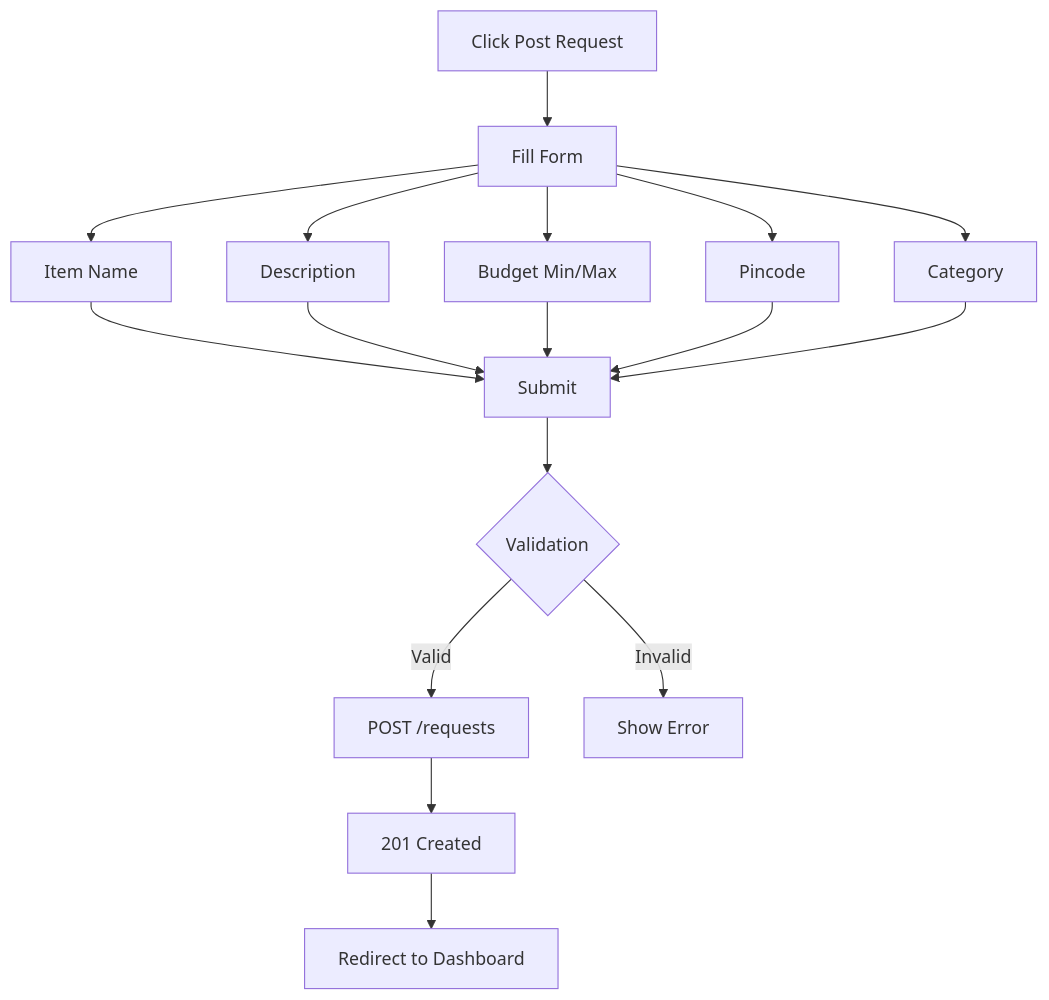
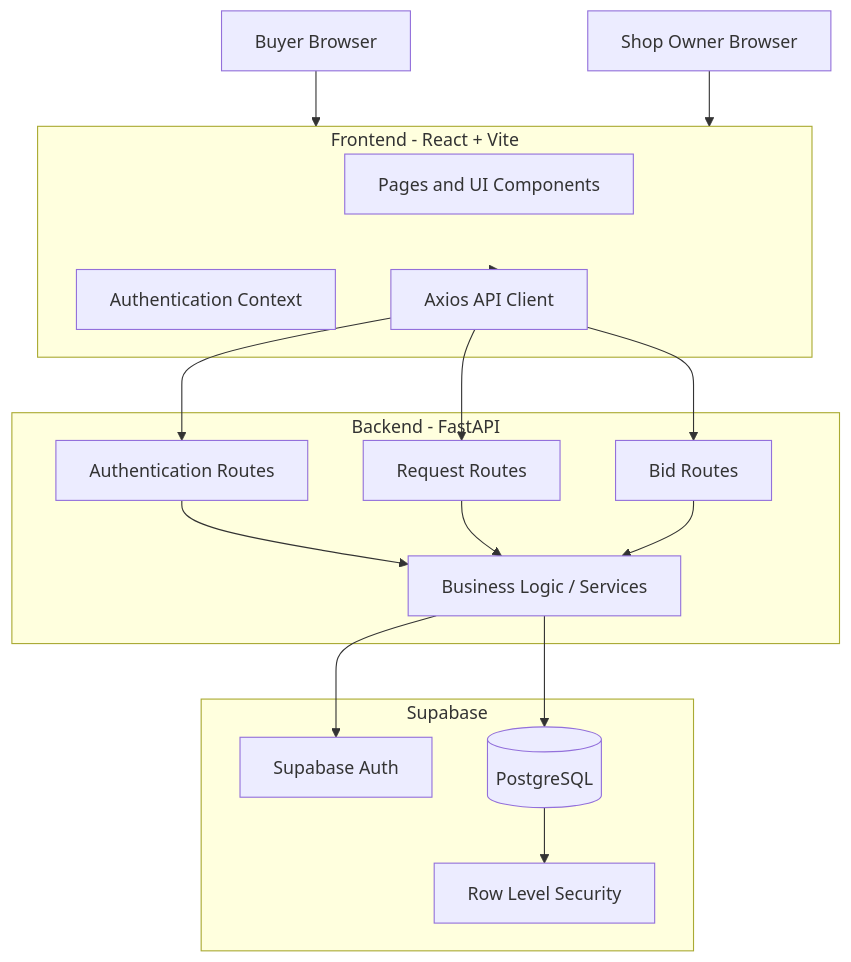
Before and after one commit to prateEKsaha07/marketflip: the second of 17 diagrams in README.md, drawn with Mermaid. The commit also changed other lines of this file and 1 other file, not shown here.

````diff
--- a/README.md
+++ b/README.md
@@ -205,19 +256,37 @@
-```mermaid
-flowchart TD
-    A[Click Post Request] --> B[Fill Form]
-    B --> C[Item Name]
-    B --> D[Description]
-    B --> E[Budget Min/Max]
-    B --> F[Pincode]
-    B --> G[Category]
-    C --> H[Submit]
-    D --> H
-    E --> H
-    F --> H
-    G --> H
-    H --> I{Validation}
-    I -->|Valid| J[POST /requests]
-    I -->|Invalid| K[Show Error]
-    J --> L[201 Created]
-    L --> M[Redirect to Dashboard]
+``` mermaid
+flowchart TB
+    U1[Buyer Browser]
+    U2[Shop Owner Browser]
+
+    subgraph FE[Frontend - React + Vite]
+        UI[Pages and UI Components]
+        AUTHCTX[Authentication Context]
+        API[Axios API Client]
+    end
+
+    subgraph BE[Backend - FastAPI]
+        AUTH[Authentication Routes]
+        REQ[Request Routes]
+        BID[Bid Routes]
+        SERVICE[Business Logic / Services]
+    end
+
+    subgraph DB[Supabase]
+        SA[Supabase Auth]
+        PG[(PostgreSQL)]
+        RLS[Row Level Security]
+    end
+
+    U1 --> FE
+    U2 --> FE
+    FE --> API
+    API --> AUTH
+    API --> REQ
+    API --> BID
+    AUTH --> SERVICE
+    REQ --> SERVICE
+    BID --> SERVICE
+    SERVICE --> SA
+    SERVICE --> PG
+    PG --> RLS
 ```
````
